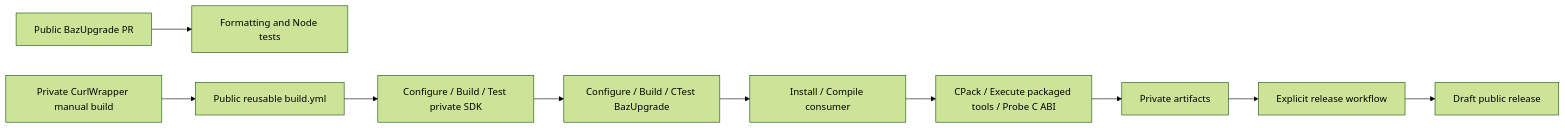
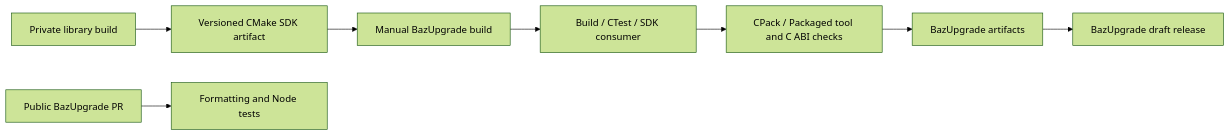
One commit to karusb/BazUpgrade changed the diagram in docs/development.md. Above: the diagram before and after it, drawn with Mermaid (forest theme). The commit also changed other lines of this file and 14 other files, not shown here.

```diff
--- a/docs/development.md
+++ b/docs/development.md
@@ -20,12 +20,10 @@
 ~~~mermaid
 flowchart LR
+  L[Private library build] --> S[Versioned CMake SDK artifact]
+  S --> B[Manual BazUpgrade build]
   P[Public BazUpgrade PR] --> C[Formatting and Node tests]
-  R[Private CurlWrapper manual build] --> W[Public reusable build.yml]
-  W --> D[Configure / Build / Test private SDK]
-  D --> B[Configure / Build / CTest BazUpgrade]
-  B --> I[Install / Compile consumer]
-  I --> A[CPack / Execute packaged tools / Probe C ABI]
-  A --> F[Private artifacts]
-  F --> M[Explicit release workflow]
-  M --> Q[Draft public release]
+  B --> T[Build / CTest / SDK consumer]
+  T --> A[CPack / Packaged tool and C ABI checks]
+  A --> F[BazUpgrade artifacts]
+  F --> R[BazUpgrade draft release]
 ~~~
```
